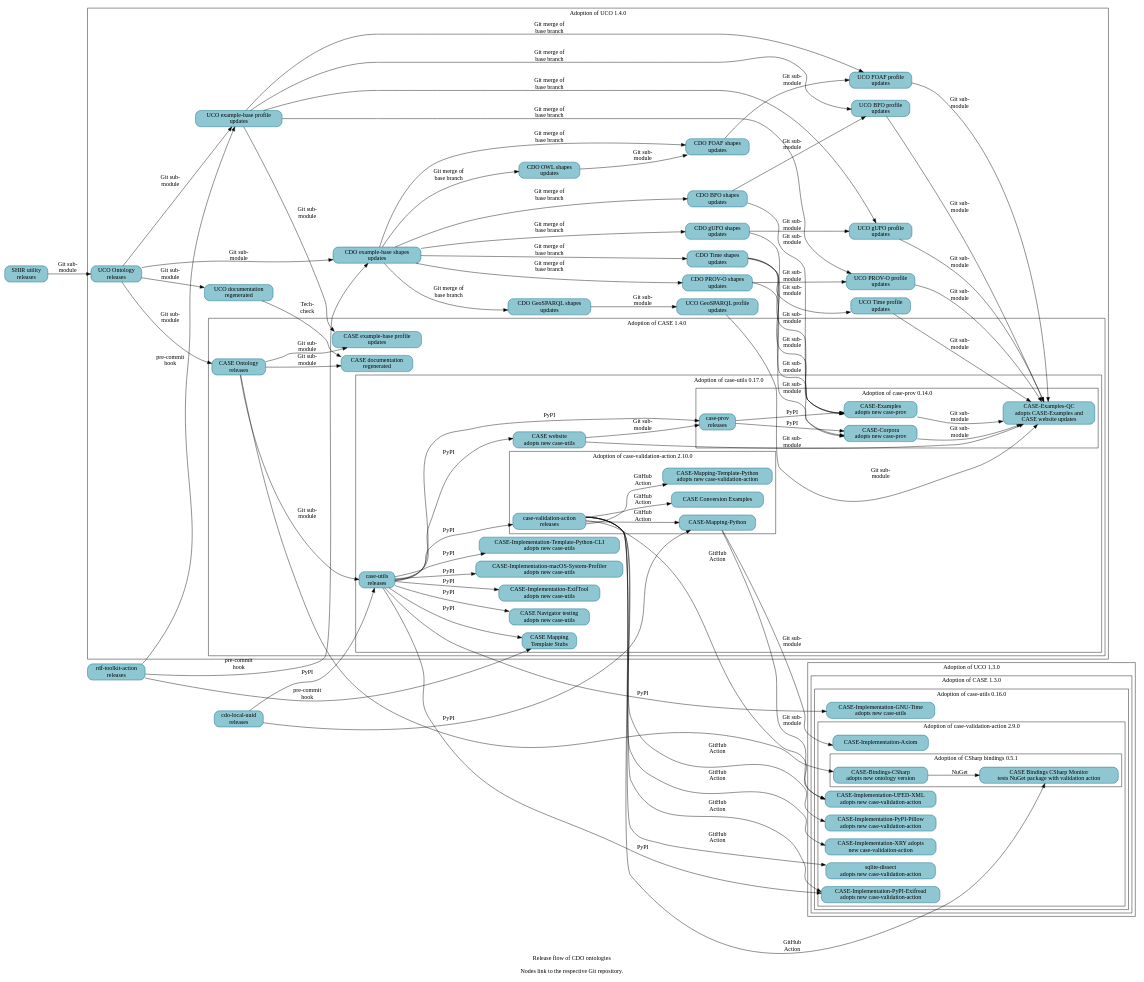
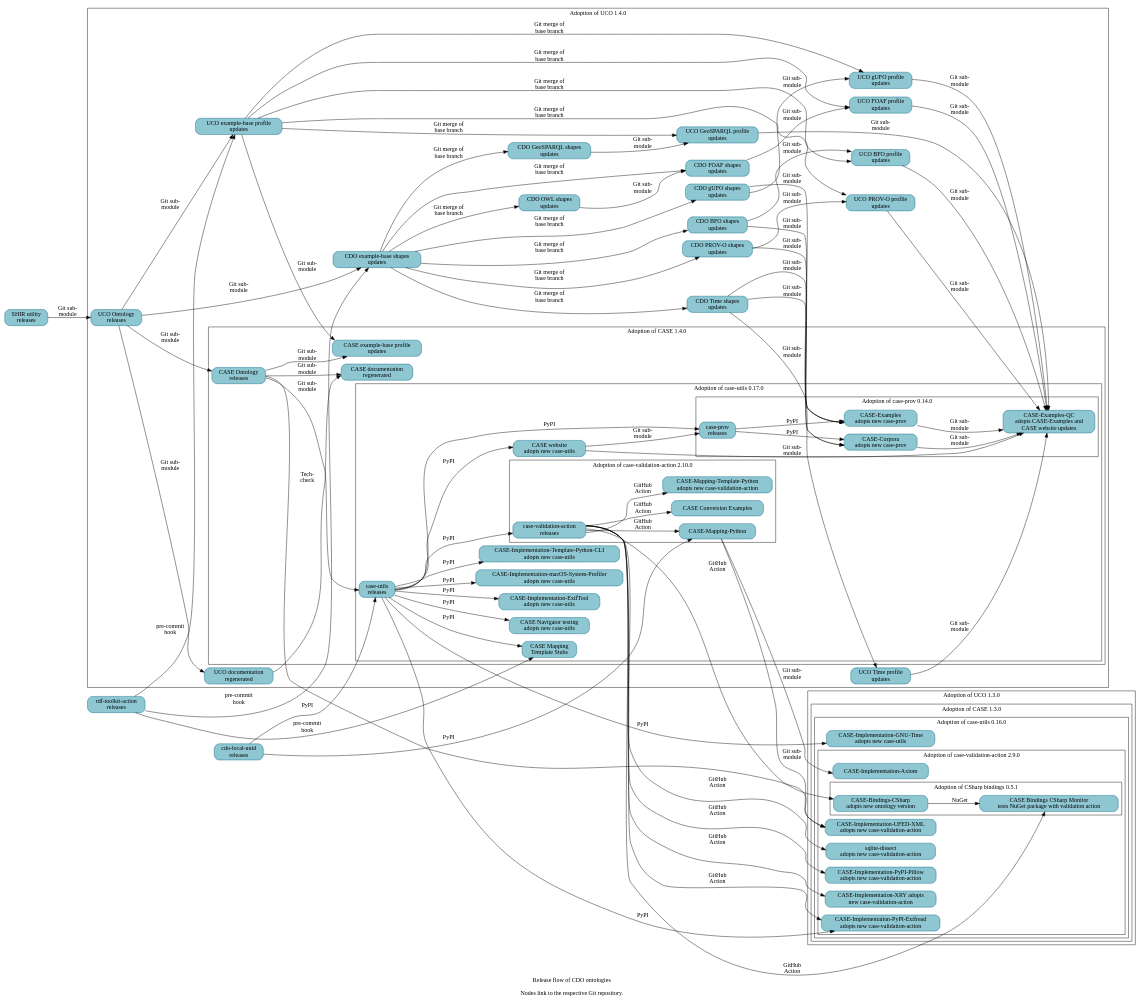
The diagram in resources/project_release_flow.dot (Cyber-Domain-Ontology/cdo.github.io), drawn with Graphviz before and after one commit.

Commit message:
Link UCO-Profile-Example into supply chain for UCO-Profile-GeoSPARQL
This was missed in the initial addition of the GeoSPARQL profile.

A follow-on patch will regenerate Make-managed files.

```diff
--- a/resources/project_release_flow.dot
+++ b/resources/project_release_flow.dot
@@ -171,6 +171,7 @@
   _GH__UCOPROJECT__UCO_PROFILE_EXAMPLE -> _GH__CASEWORK__CASE_PROFILE_EXAMPLE [label="Git sub-\nmodule"] ;
   _GH__UCOPROJECT__UCO_PROFILE_EXAMPLE -> _GH__UCOPROJECT__UCO_PROFILE_BFO [label="Git merge of\nbase branch"] ;
   _GH__UCOPROJECT__UCO_PROFILE_EXAMPLE -> _GH__UCOPROJECT__UCO_PROFILE_FOAF [label="Git merge of\nbase branch"] ;
+  _GH__UCOPROJECT__UCO_PROFILE_EXAMPLE -> _GH__UCOPROJECT__UCO_PROFILE_GEOSPARQL [label="Git merge of\nbase branch"] ;
   _GH__UCOPROJECT__UCO_PROFILE_EXAMPLE -> _GH__UCOPROJECT__UCO_PROFILE_GUFO [label="Git merge of\nbase branch"] ;
   _GH__UCOPROJECT__UCO_PROFILE_EXAMPLE -> _GH__UCOPROJECT__UCO_PROFILE_PROV_O [label="Git merge of\nbase branch"] ;
   _GH__UCOPROJECT__UCO_PROFILE_FOAF -> _GH__AJNELSON_NIST__CASE_EXAMPLES_QC [label="Git sub-\nmodule"] ;
```
